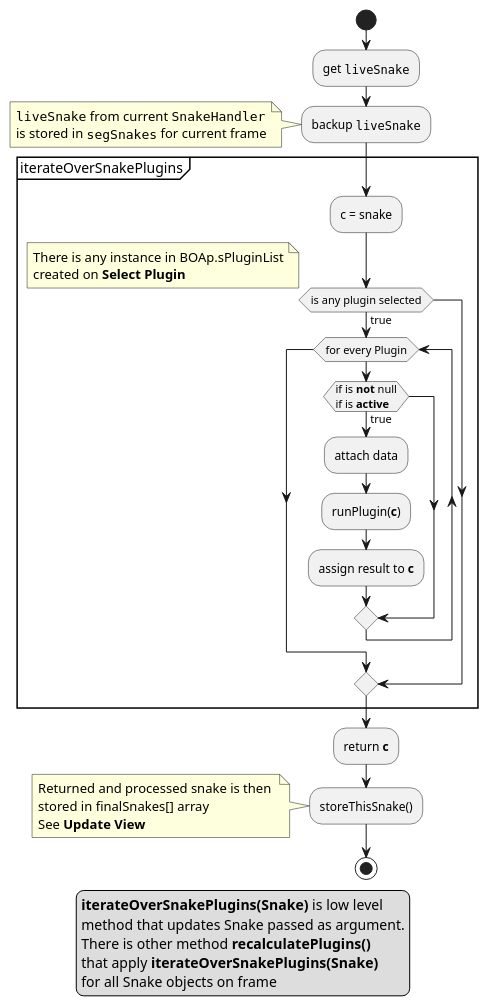
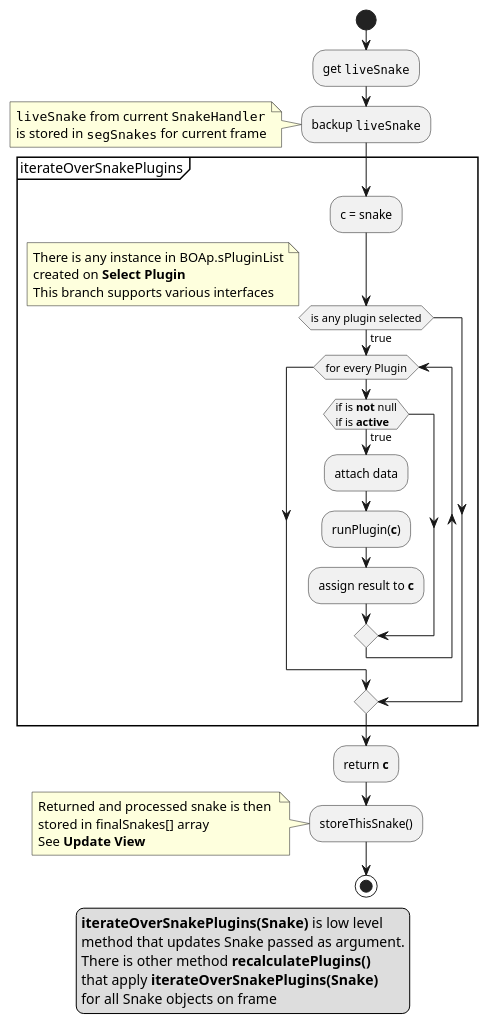
The sixth of 10 diagrams in Doxygen_doc/SnakePlugin.md (CellDynamics/QuimP), drawn with PlantUML before and after one commit. The commit also changed other lines of this file and 4 other files, not shown here.

```diff
--- a/Doxygen_doc/SnakePlugin.md
+++ b/Doxygen_doc/SnakePlugin.md
@@ -304,37 +307,37 @@
 @startuml
 start
 :get ""liveSnake"";
 :backup ""liveSnake"";
 note left
 ""liveSnake"" from current ""SnakeHandler""
 is stored in ""segSnakes"" for current frame
 end note
 partition iterateOverSnakePlugins {
 :c = snake;
 if (is any plugin selected) then (true)
-note left: There is any instance in BOAp.sPluginList\ncreated on **Select Plugin**
+note left: There is any instance in BOAp.sPluginList\ncreated on **Select Plugin**\nThis branch supports various interfaces
 while (for every Plugin)
 if (if is **not** null\nif is **active**) then (true)
 :attach data;
 :runPlugin(**c**);
 :assign result to **c**;
 endif
 endwhile
 endif
 }
 :return **c**;
 :storeThisSnake();
 note left
 Returned and processed snake is then 
 stored in finalSnakes[] array
 See **Update View**
 end note
 stop
 legend
 **iterateOverSnakePlugins(Snake)** is low level
 method that updates Snake passed as argument.
 There is other method **recalculatePlugins()**
 that apply **iterateOverSnakePlugins(Snake)**
 for all Snake objects on frame
 end legend
 @enduml
```
